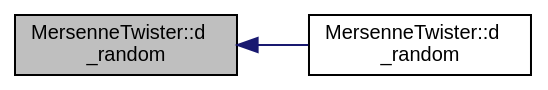
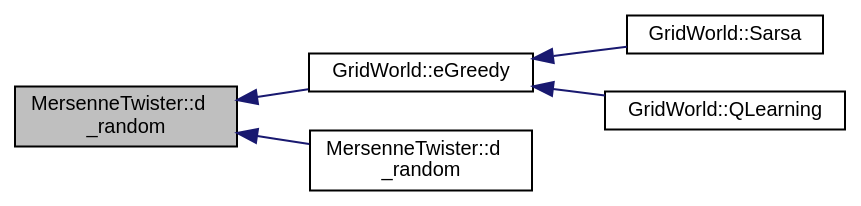
One commit to douglasrizzo/machine_learning changed the diagram in docs/classMersenneTwister_af59f92dbbe0898c25a985cc03854495d_icgraph.dot. Above: the diagram before and after it, drawn with Graphviz. The commit also changed 341 other files, not shown here.

```diff
--- a/docs/classMersenneTwister_af59f92dbbe0898c25a985cc03854495d_icgraph.dot
+++ b/docs/classMersenneTwister_af59f92dbbe0898c25a985cc03854495d_icgraph.dot
@@ -1,10 +1,16 @@
 digraph "MersenneTwister::d_random"
 {
   bgcolor="transparent";
   edge [fontname="Helvetica",fontsize="10",labelfontname="Helvetica",labelfontsize="10"];
   node [fontname="Helvetica",fontsize="10",shape=record];
   rankdir="LR";
   Node3 [label="MersenneTwister::d\l_random",height=0.2,width=0.4,color="black", fillcolor="grey75", style="filled", fontcolor="black"];
   Node3 -> Node4 [dir="back",color="midnightblue",fontsize="10",style="solid",fontname="Helvetica"];
-  Node4 [label="MersenneTwister::d\l_random",height=0.2,width=0.4,color="black",URL="$classMersenneTwister.html#ab10a35d31b546395cab15184ca993aa2",tooltip="Pseudo-random number generator using the Mersenne Twister method. "];
+  Node4 [label="GridWorld::eGreedy",height=0.2,width=0.4,color="black",URL="$classGridWorld.html#a87fc3feb5c480cfce865c7005d1eaf50",tooltip="Selects an action for a state s following an e-greedy policy. "];
+  Node4 -> Node5 [dir="back",color="midnightblue",fontsize="10",style="solid",fontname="Helvetica"];
+  Node5 [label="GridWorld::Sarsa",height=0.2,width=0.4,color="black",URL="$classGridWorld.html#ad1c7b6d4e864ef8e8aca9163c2d8cd86",tooltip="Temporal difference method for finding the optimal policy using SARSA. "];
+  Node4 -> Node6 [dir="back",color="midnightblue",fontsize="10",style="solid",fontname="Helvetica"];
+  Node6 [label="GridWorld::QLearning",height=0.2,width=0.4,color="black",URL="$classGridWorld.html#abdbd7b78344fe0db7dbdd4f55d8ace70",tooltip="Temporal difference method for finding the optimal policy using Q-Learning. "];
+  Node3 -> Node7 [dir="back",color="midnightblue",fontsize="10",style="solid",fontname="Helvetica"];
+  Node7 [label="MersenneTwister::d\l_random",height=0.2,width=0.4,color="black",URL="$classMersenneTwister.html#ab10a35d31b546395cab15184ca993aa2",tooltip="Pseudo-random number generator using the Mersenne Twister method. "];
 }
```
